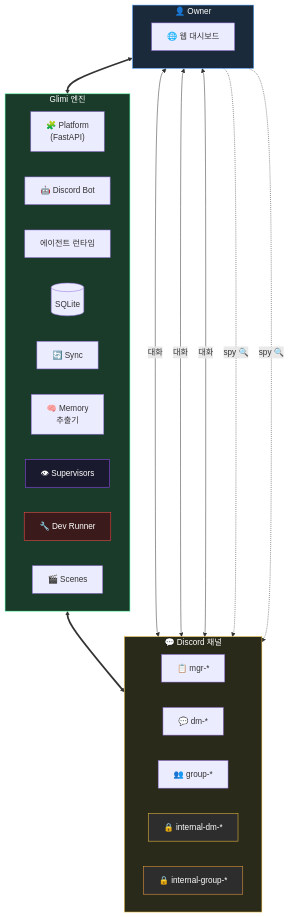
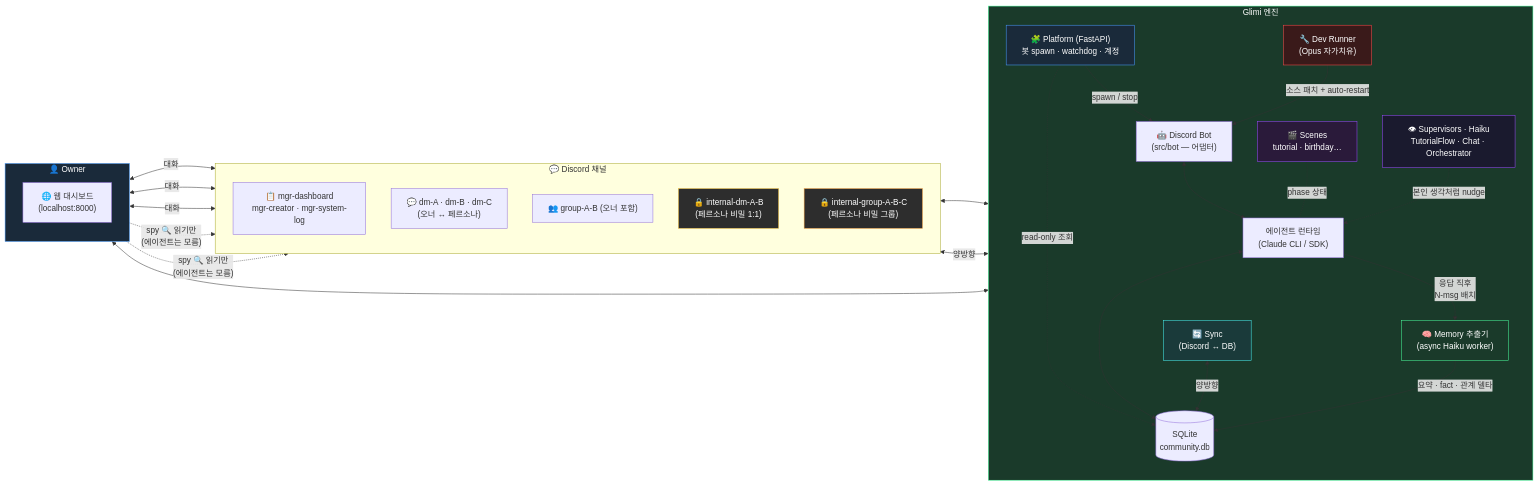
One commit to je-empty/Glimi changed the first of 6 diagrams in README.ko.md. Above: the diagram before and after it, drawn with Mermaid. The commit also changed other lines of this file and 6 other files, not shown here.

````diff
--- a/README.ko.md
+++ b/README.ko.md
@@ -21,41 +21,56 @@
 ```mermaid
-flowchart TB
+flowchart LR
     subgraph Owner["👤 Owner"]
-        Browser["🌐 웹 대시보드"]
+        direction TB
+        Browser["🌐 웹 대시보드<br/>(localhost:8000)"]
     end
 
     subgraph Engine["Glimi 엔진"]
-        direction LR
-        Plat["🧩 Platform<br/>(FastAPI)"]
-        Bot["🤖 Discord Bot"]
-        Runtime["에이전트 런타임"]
-        DB[("SQLite")]
-        Sync["🔄 Sync"]
-        Memory["🧠 Memory<br/>추출기"]
-        Sups["👁 Supervisors"]
-        DevRunner["🔧 Dev Runner"]
-        Scenes["🎬 Scenes"]
+        direction TB
+        Plat["🧩 Platform (FastAPI)<br/>봇 spawn · watchdog · 계정"]
+        Bot["🤖 Discord Bot<br/>(src/bot — 어댑터)"]
+        Runtime["에이전트 런타임<br/>(Claude CLI / SDK)"]
+        Scenes["🎬 Scenes<br/>tutorial · birthday…"]
+        Memory["🧠 Memory 추출기<br/>(async Haiku worker)"]
+        DB[("SQLite<br/>community.db")]
+        Sync["🔄 Sync<br/>(Discord ↔ DB)"]
+        DevRunner["🔧 Dev Runner<br/>(Opus 자가치유)"]
+        SupGrp["👁 Supervisors · Haiku<br/>TutorialFlow · Chat · Orchestrator"]
     end
 
     subgraph Discord["💬 Discord 채널"]
-        direction LR
-        Mgr["📋 mgr-*"]
-        DM["💬 dm-*"]
-        Grp["👥 group-*"]
-        SecDM["🔒 internal-dm-*"]
-        SecGrp["🔒 internal-group-*"]
+        direction TB
+        Mgr["📋 mgr-dashboard<br/>mgr-creator · mgr-system-log"]
+        DM["💬 dm-A · dm-B · dm-C<br/>(오너 ↔ 페르소나)"]
+        Grp["👥 group-A-B (오너 포함)"]
+        SecDM["🔒 internal-dm-A-B<br/>(페르소나 비밀 1:1)"]
+        SecGrp["🔒 internal-group-A-B-C<br/>(페르소나 비밀 그룹)"]
     end
 
-    Owner <==> Engine
-    Engine <==> Discord
-    Owner <-->|대화| Mgr & DM & Grp
-    Owner -. "spy 🔍" .-> SecDM & SecGrp
+    Browser <--> Plat
+    Plat -->|"spawn / stop"| Bot
+    Plat -. "read-only 조회" .-> DB
+
+    Owner <-->|"대화"| Mgr & DM & Grp
+    Owner -. "spy 🔍 읽기만<br/>(에이전트는 모름)" .-> SecDM & SecGrp
+    Discord <--> Bot
+    Bot <--> Runtime
+    Runtime <--> DB
+    Scenes -. "phase 상태" .- Runtime
+    Sync <-->|"양방향"| DB & Discord
+    DevRunner -->|"소스 패치 + auto-restart"| Bot
+    SupGrp -. "본인 생각처럼 nudge" .-> Runtime
+    Runtime -->|"응답 직후<br/>N-msg 배치"| Memory
+    Memory -->|"요약 · fact · 관계 델타"| DB
 
     style Owner fill:#1a2a3a,stroke:#4a9eff,color:#fff
     style Engine fill:#1a3a2a,stroke:#4aff9e,color:#fff
-    style Discord fill:#2a2a1a,stroke:#f5c542,color:#fff
+    style Plat fill:#1a2a3a,stroke:#4a9eff,color:#fff
+    style Scenes fill:#2a1a3a,stroke:#9a4aff,color:#fff
+    style Memory fill:#1a3a2a,stroke:#4aff9e,color:#fff
+    style Sync fill:#1a3a3a,stroke:#4af5f5,color:#fff
+    style SupGrp fill:#1a1a2e,stroke:#9a4aff,color:#fff
+    style DevRunner fill:#3a1a1a,stroke:#ff4a4a,color:#fff
     style SecDM fill:#2d2d2d,stroke:#f5c542,color:#fff
     style SecGrp fill:#2d2d2d,stroke:#f5a142,color:#fff
-    style Sups fill:#1a1a2e,stroke:#9a4aff,color:#fff
-    style DevRunner fill:#3a1a1a,stroke:#ff4a4a,color:#fff
 ```
````
